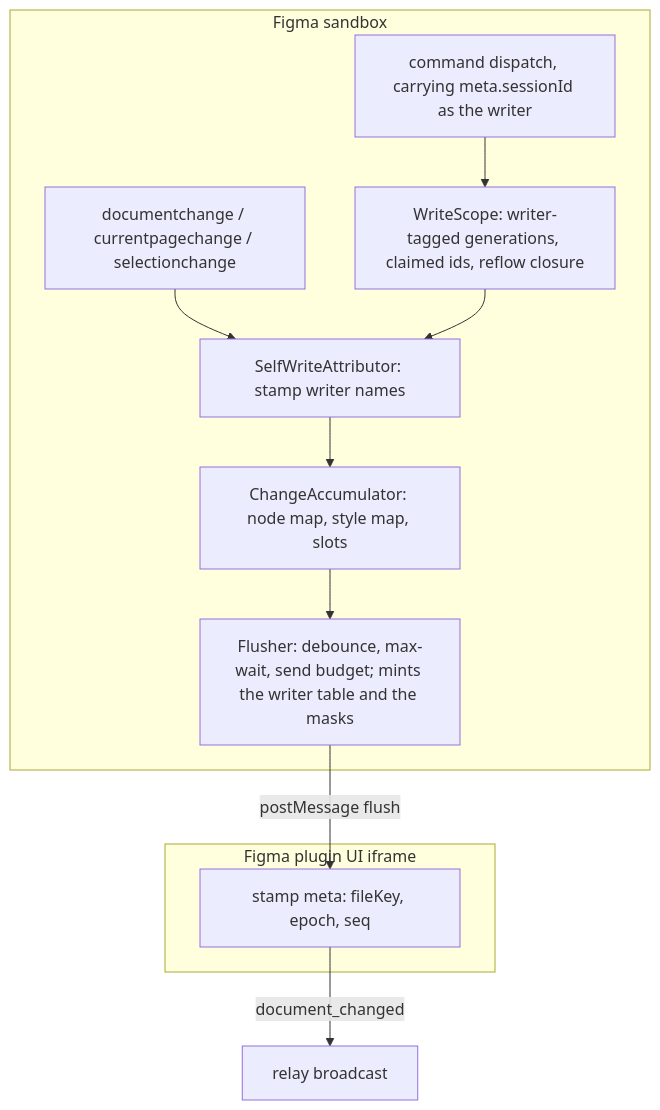
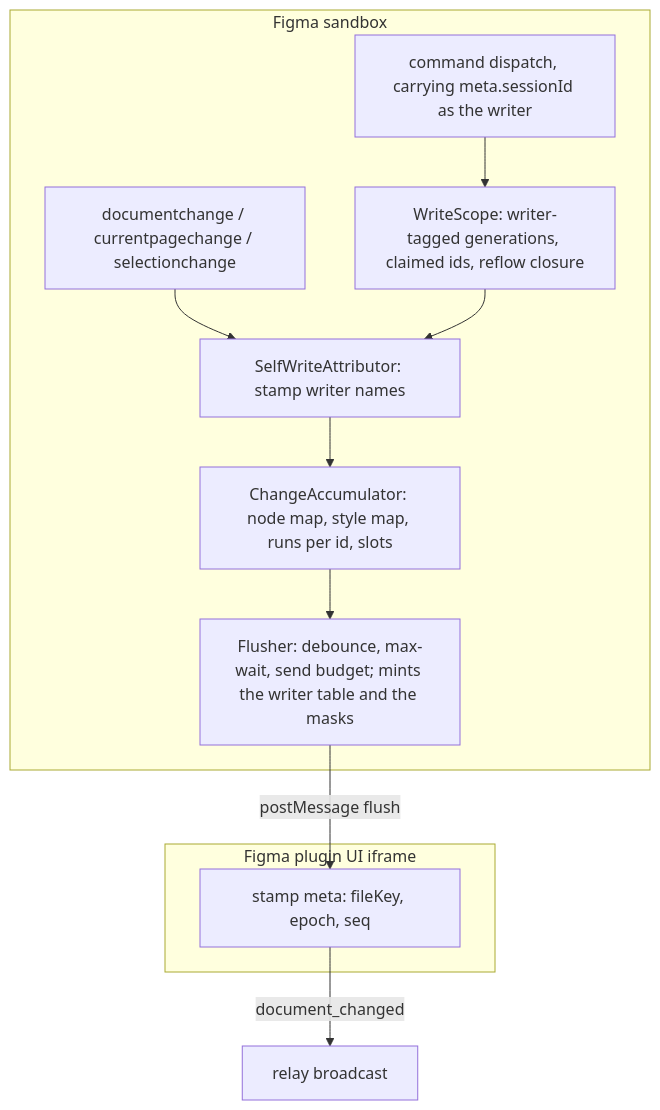
The first of 3 diagrams in docs/specs/change-feed.md (yleilu/figma-agent-bridge), drawn with Mermaid before and after one commit. The commit also changed other lines of this file, not shown here.

````diff
--- a/docs/specs/change-feed.md
+++ b/docs/specs/change-feed.md
@@ -466,21 +599,21 @@
 ```mermaid
 flowchart TB
     subgraph Sandbox["Figma sandbox"]
         CMD["command dispatch, carrying meta.sessionId as the writer"]
         EV["documentchange / currentpagechange / selectionchange"]
         WS["WriteScope: writer-tagged generations, claimed ids, reflow closure"]
         FL["SelfWriteAttributor: stamp writer names"]
-        AC["ChangeAccumulator: node map, style map, slots"]
+        AC["ChangeAccumulator: node map, style map, runs per id, slots"]
         FLUSH["Flusher: debounce, max-wait, send budget; mints the writer table and the masks"]
     end
     subgraph UI["Figma plugin UI iframe"]
         ST["stamp meta: fileKey, epoch, seq"]
     end
     CMD --> WS
     EV --> FL
     WS --> FL
     FL --> AC
     AC --> FLUSH
     FLUSH -->|postMessage flush| ST
     ST -->|document_changed| Relay["relay broadcast"]
 ```
````
